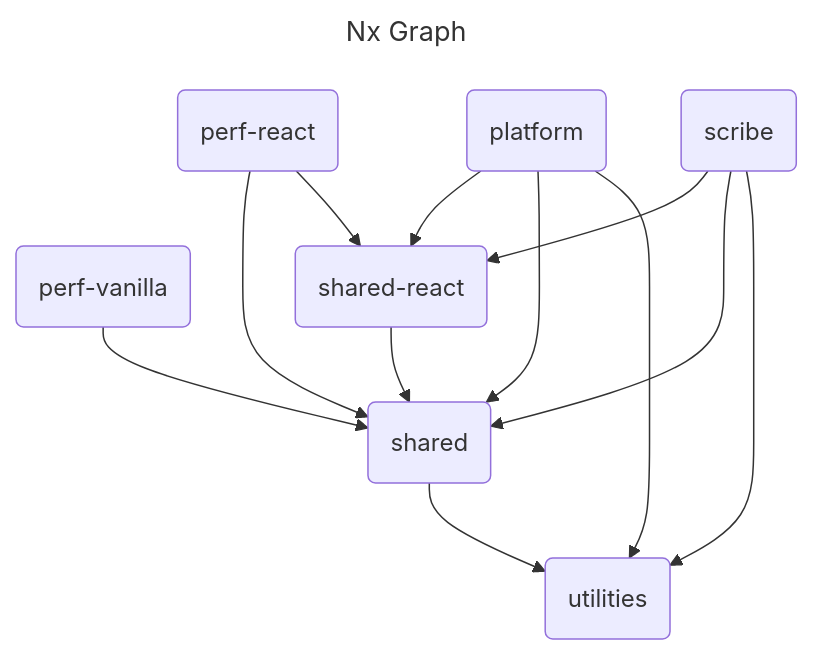
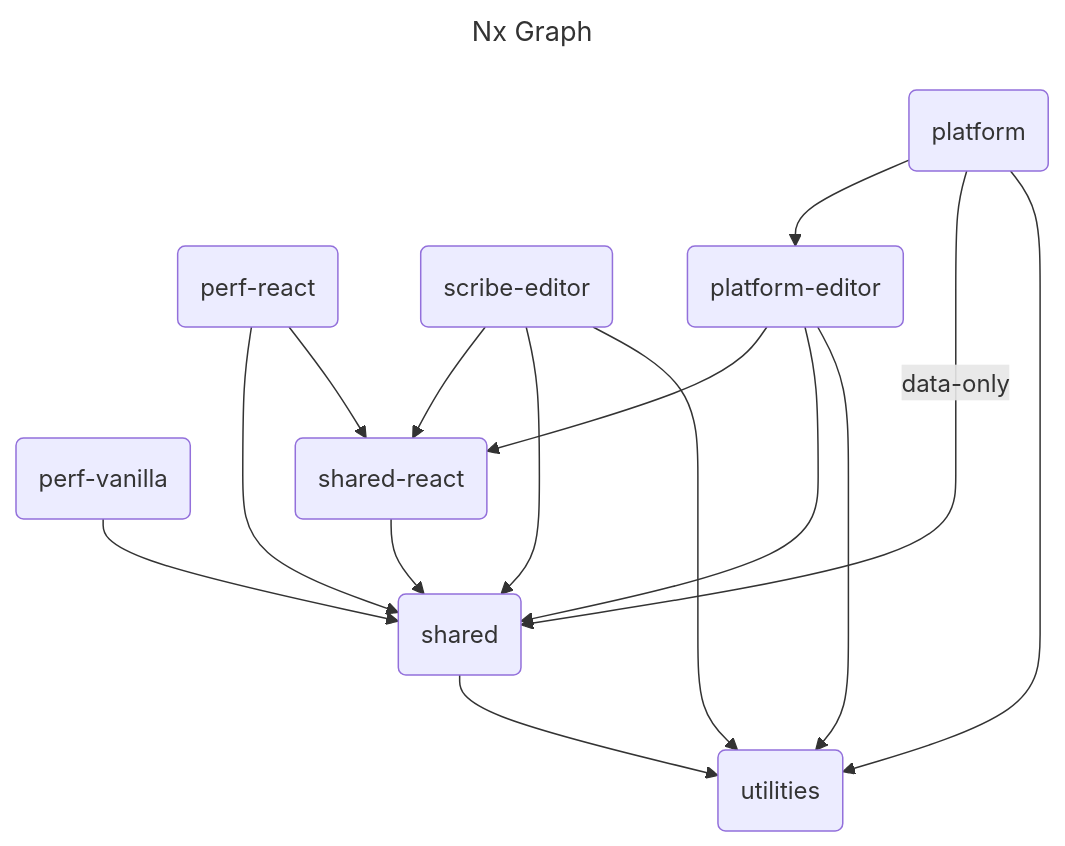
One commit to tjcouch-sil/scripture-editors changed the diagram in README.md. Above: the diagram before and after it, drawn with Mermaid. The commit also changed other lines of this file and 263 other files, not shown here.

````diff
--- a/README.md
+++ b/README.md
@@ -53,17 +65,20 @@
 ```mermaid
 ---
 title: Nx Graph
 ---
 graph TB
   V(perf-vanilla) --> S(shared)
   R(perf-react) --> S
-  P(platform) --> SR
-  SB(scribe) --> SR
+  SB(scribe-editor) --> SR
+  P(platform) --> PE
+  PE(platform-editor) --> SR
   SR(shared-react) --> S
   R --> SR
-  P --> S
+  P --data-only--> S
+  PE --> S
   SB --> S
   S --> U(utilities)
   P --> U
+  PE --> U
   SB --> U
 ```
````
